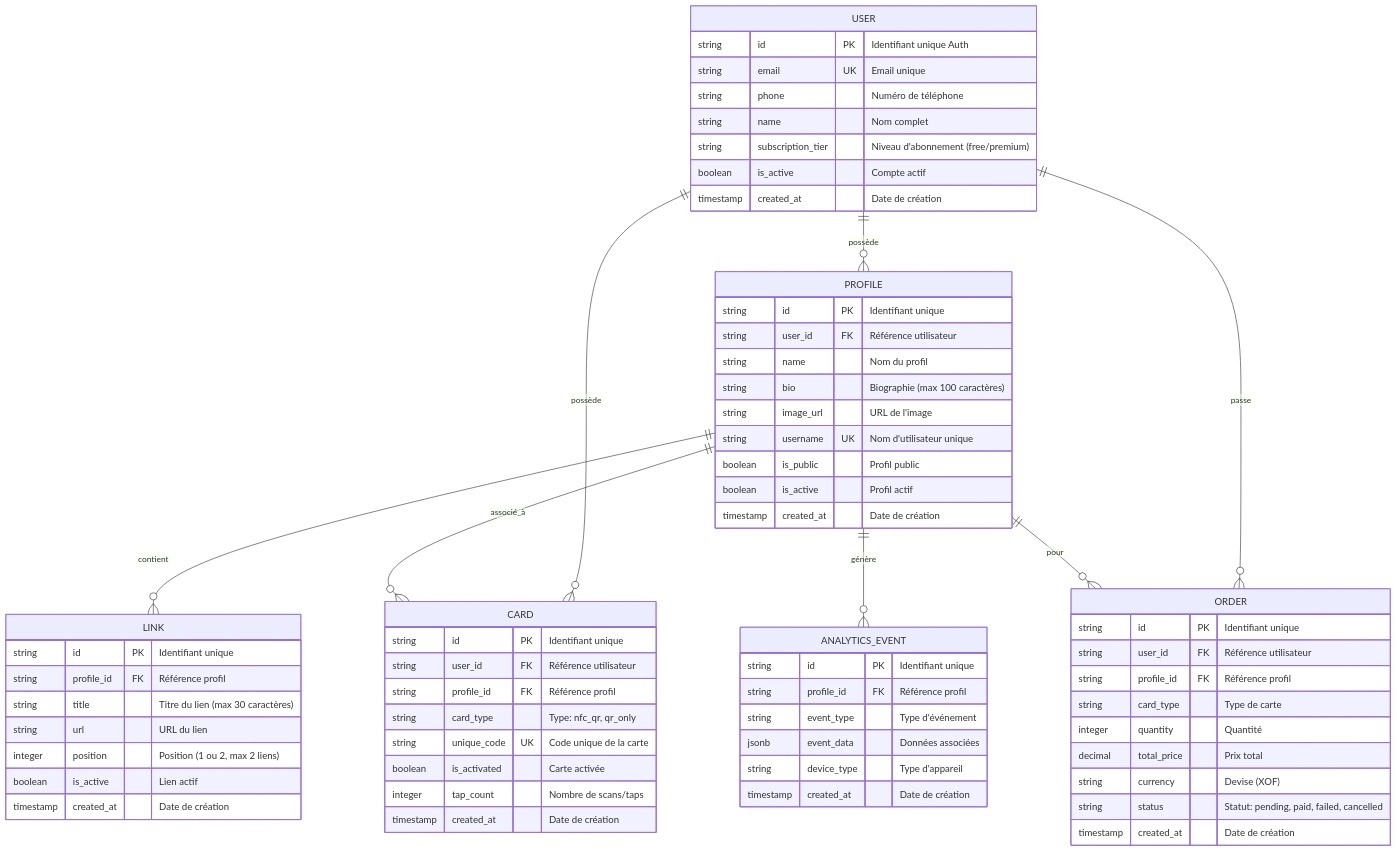
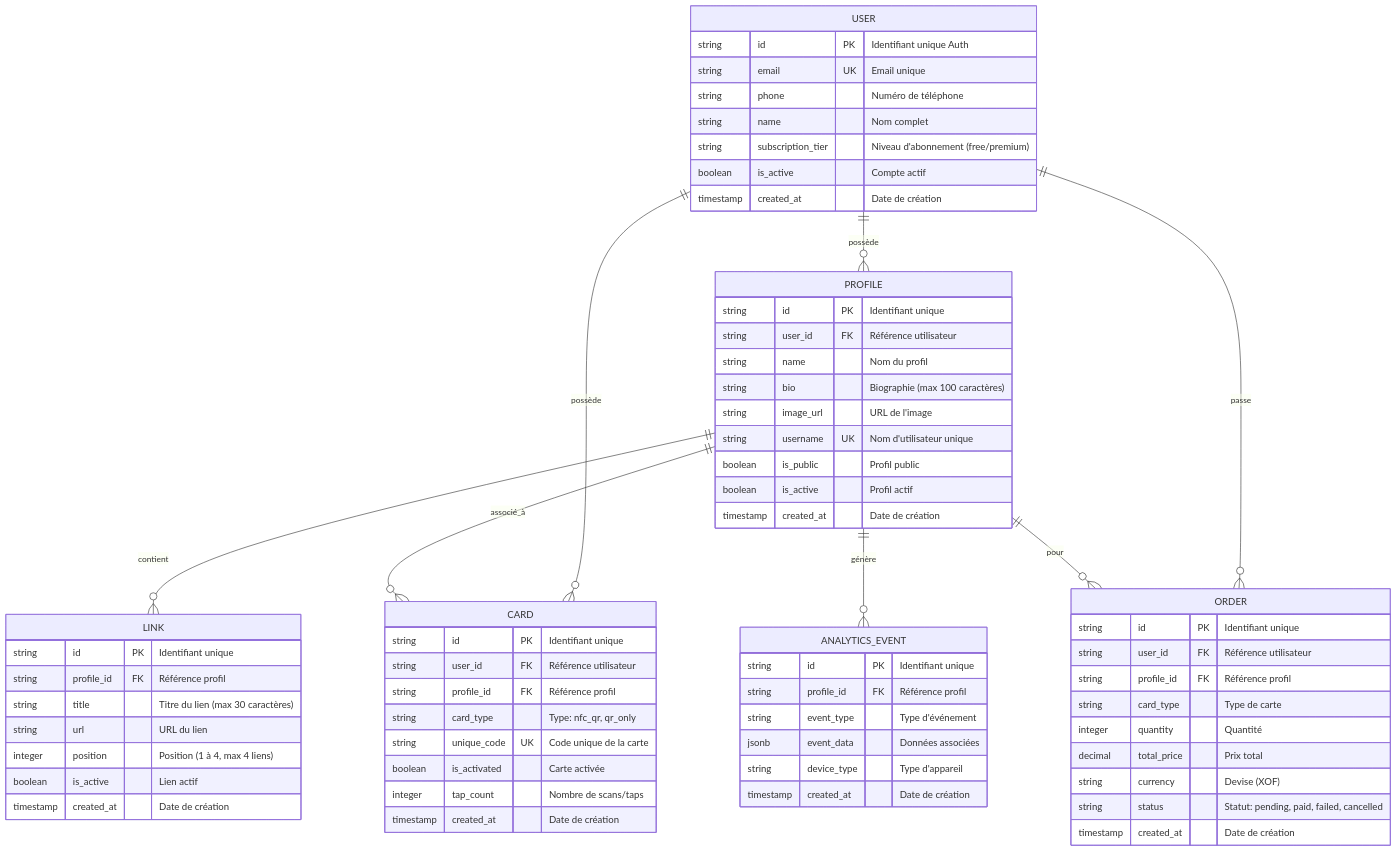
The diagram in docs/01-project-overview/05_TECHNICAL_ARCHITECTURE.md (krsidoine7-svg/Ofika-c), drawn with Mermaid before and after one commit. The commit also changed other lines of this file and 57 other files, not shown here.

````diff
--- a/docs/01-project-overview/05_TECHNICAL_ARCHITECTURE.md
+++ b/docs/01-project-overview/05_TECHNICAL_ARCHITECTURE.md
@@ -46,74 +46,74 @@
 ```mermaid
 erDiagram
     USER {
         string id PK "Identifiant unique Auth"
         string email UK "Email unique"
         string phone "Numéro de téléphone"
         string name "Nom complet"
         string subscription_tier "Niveau d'abonnement (free/premium)"
         boolean is_active "Compte actif"
         timestamp created_at "Date de création"
     }
 
     PROFILE {
         string id PK "Identifiant unique"
         string user_id FK "Référence utilisateur"
         string name "Nom du profil"
         string bio "Biographie (max 100 caractères)"
         string image_url "URL de l'image"
         string username UK "Nom d'utilisateur unique"
         boolean is_public "Profil public"
         boolean is_active "Profil actif"
         timestamp created_at "Date de création"
     }
 
     LINK {
         string id PK "Identifiant unique"
         string profile_id FK "Référence profil"
         string title "Titre du lien (max 30 caractères)"
         string url "URL du lien"
-        integer position "Position (1 ou 2, max 2 liens)"
+        integer position "Position (1 à 4, max 4 liens)"
         boolean is_active "Lien actif"
         timestamp created_at "Date de création"
     }
 
     CARD {
         string id PK "Identifiant unique"
         string user_id FK "Référence utilisateur"
         string profile_id FK "Référence profil"
         string card_type "Type: nfc_qr, qr_only"
         string unique_code UK "Code unique de la carte"
         boolean is_activated "Carte activée"
         integer tap_count "Nombre de scans/taps"
         timestamp created_at "Date de création"
     }
 
     ORDER {
         string id PK "Identifiant unique"
         string user_id FK "Référence utilisateur"
         string profile_id FK "Référence profil"
         string card_type "Type de carte"
         integer quantity "Quantité"
         decimal total_price "Prix total"
         string currency "Devise (XOF)"
         string status "Statut: pending, paid, failed, cancelled"
         timestamp created_at "Date de création"
     }
 
     ANALYTICS_EVENT {
         string id PK "Identifiant unique"
         string profile_id FK "Référence profil"
         string event_type "Type d'événement"
         jsonb event_data "Données associées"
         string device_type "Type d'appareil"
         timestamp created_at "Date de création"
     }
 
     USER ||--o{ PROFILE : "possède"
     USER ||--o{ CARD : "possède"
     USER ||--o{ ORDER : "passe"
     PROFILE ||--o{ LINK : "contient"
     PROFILE ||--o{ CARD : "associé_à"
     PROFILE ||--o{ ORDER : "pour"
     PROFILE ||--o{ ANALYTICS_EVENT : "génère"
 ```
````
